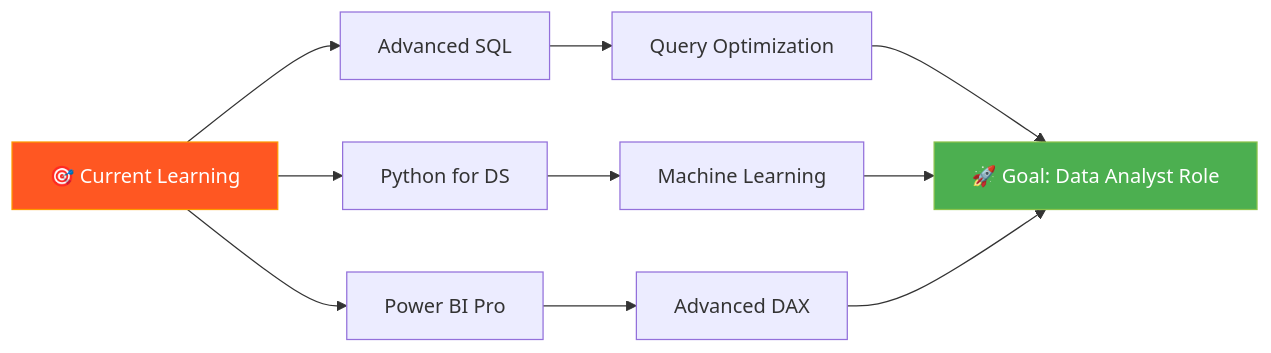
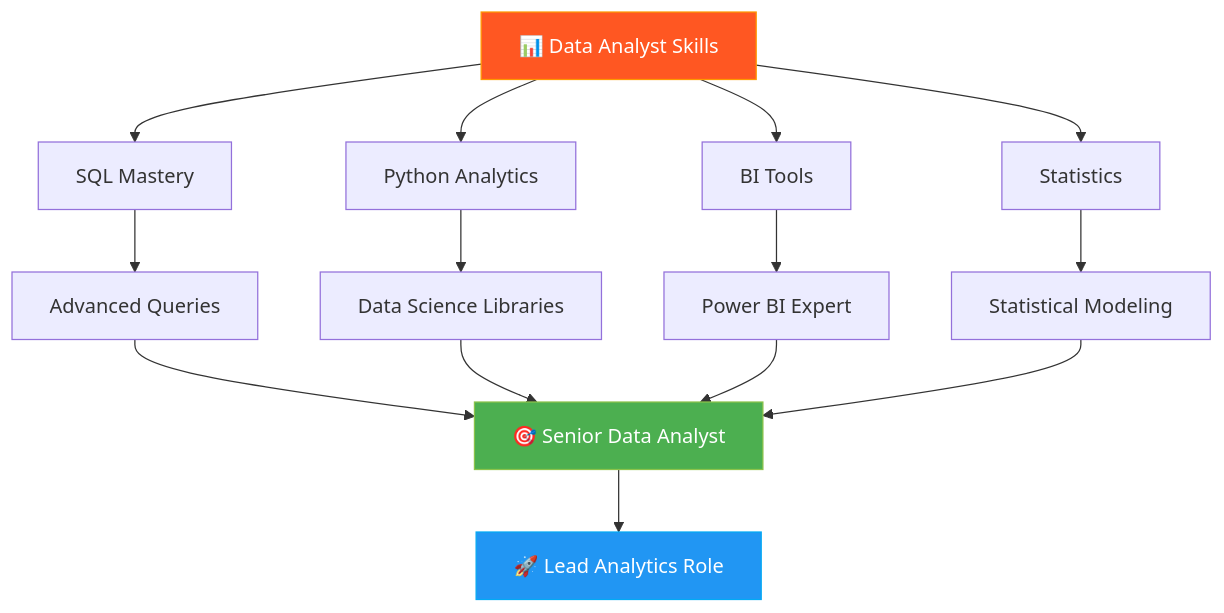
Before and after one commit to Prachi005748/Prachi005748: the first of 2 diagrams in README.md, drawn with Mermaid. The commit also changed other lines of this file, not shown here.

````diff
--- a/README.md
+++ b/README.md
@@ -254,17 +341,23 @@
 ```mermaid
-graph LR
-    A[🎯 Current Learning] --> B[Advanced SQL]
-    A --> C[Python for DS]
-    A --> D[Power BI Pro]
+graph TD
+    A[📊 Data Analyst Skills] --> B[SQL Mastery]
+    A --> C[Python Analytics]
+    A --> D[BI Tools]
+    A --> E[Statistics]
     
-    B --> E[Query Optimization]
-    C --> F[Machine Learning]
-    D --> G[Advanced DAX]
+    B --> F[Advanced Queries]
+    C --> G[Data Science Libraries]
+    D --> H[Power BI Expert]
+    E --> I[Statistical Modeling]
     
-    E --> H[🚀 Goal: Data Analyst Role]
-    F --> H
-    G --> H
+    F --> J[🎯 Senior Data Analyst]
+    G --> J
+    H --> J
+    I --> J
+    
+    J --> K[🚀 Lead Analytics Role]
     
     style A fill:#FF5722,stroke:#FF9800,color:#fff
-    style H fill:#4CAF50,stroke:#8BC34A,color:#fff
+    style J fill:#4CAF50,stroke:#8BC34A,color:#fff
+    style K fill:#2196F3,stroke:#03A9F4,color:#fff
 ```
````
